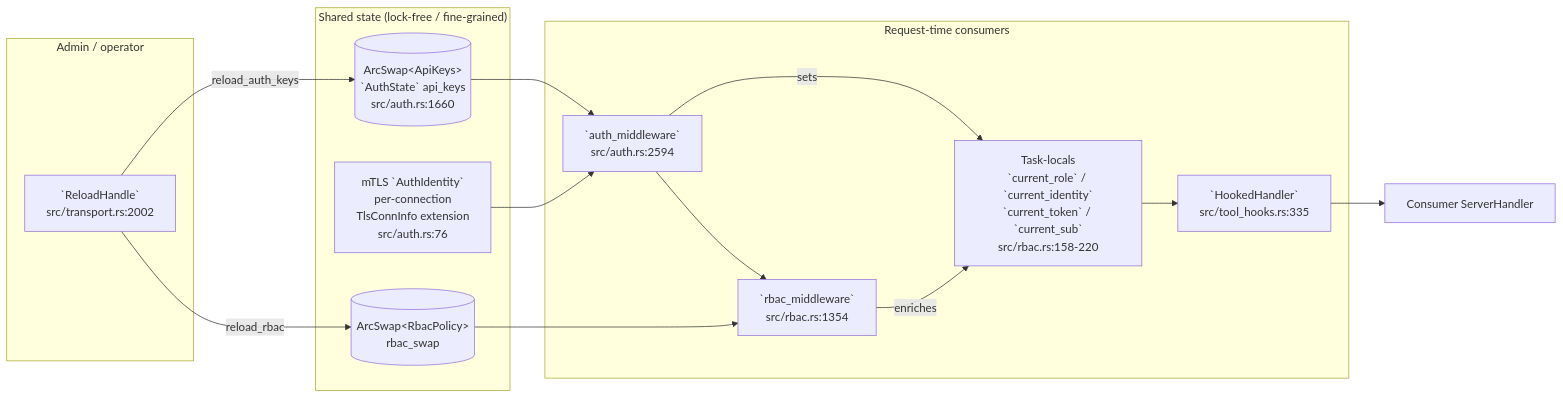
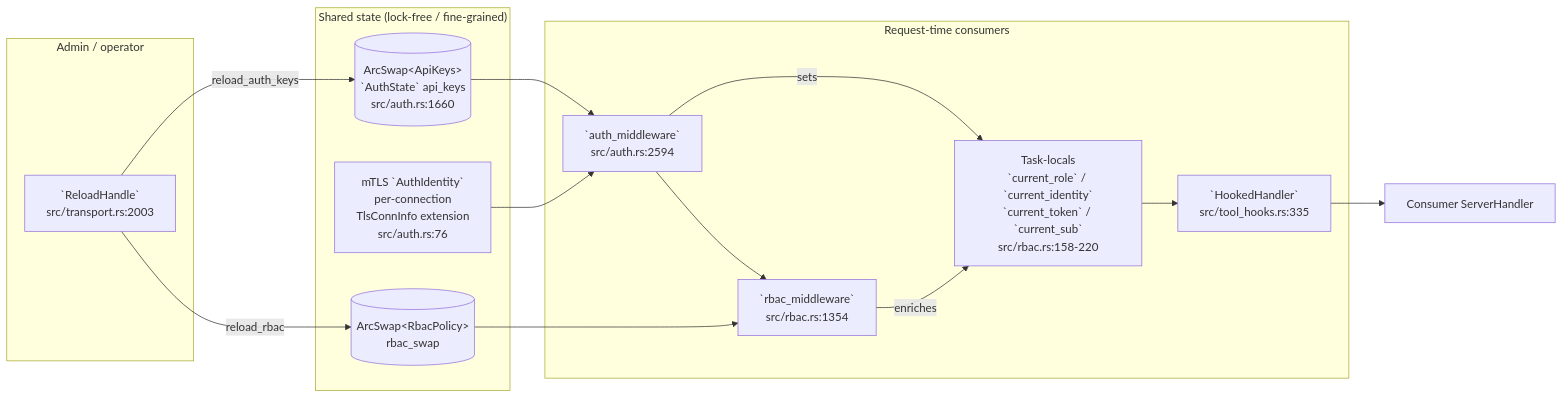
The third of 4 diagrams in docs/MINDMAP.md (andrico21/rmcp-server-kit), drawn with Mermaid before and after one commit. The commit also changed other lines of this file and 5 other files, not shown here.

````diff
--- a/docs/MINDMAP.md
+++ b/docs/MINDMAP.md
@@ -332,31 +332,31 @@
 ```mermaid
 flowchart LR
     subgraph Admin["Admin / operator"]
-        RH[`ReloadHandle`<br/>src/transport.rs:2002]
+        RH[`ReloadHandle`<br/>src/transport.rs:2003]
     end
 
     subgraph SharedState["Shared state (lock-free / fine-grained)"]
         AKS[(ArcSwap&lt;ApiKeys&gt;<br/>`AuthState` api_keys<br/>src/auth.rs:1660)]
         RBS[(ArcSwap&lt;RbacPolicy&gt;<br/>rbac_swap)]
         MTL[mTLS `AuthIdentity`<br/>per-connection<br/>TlsConnInfo extension<br/>src/auth.rs:76]
     end
 
     subgraph Hot["Request-time consumers"]
         AM[`auth_middleware`<br/>src/auth.rs:2594]
         BM[`rbac_middleware`<br/>src/rbac.rs:1354]
         TL["Task-locals<br/>`current_role` / `current_identity`<br/>`current_token` / `current_sub`<br/>src/rbac.rs:158-220"]
         TH[`HookedHandler`<br/>src/tool_hooks.rs:335]
     end
 
     RH -- reload_auth_keys --> AKS
     RH -- reload_rbac --> RBS
 
     AKS --> AM
     MTL --> AM
     AM -- sets --> TL
     AM --> BM
     RBS --> BM
     BM -- enriches --> TL
     TL --> TH
     TH --> Consumer[Consumer ServerHandler]
 ```
````
